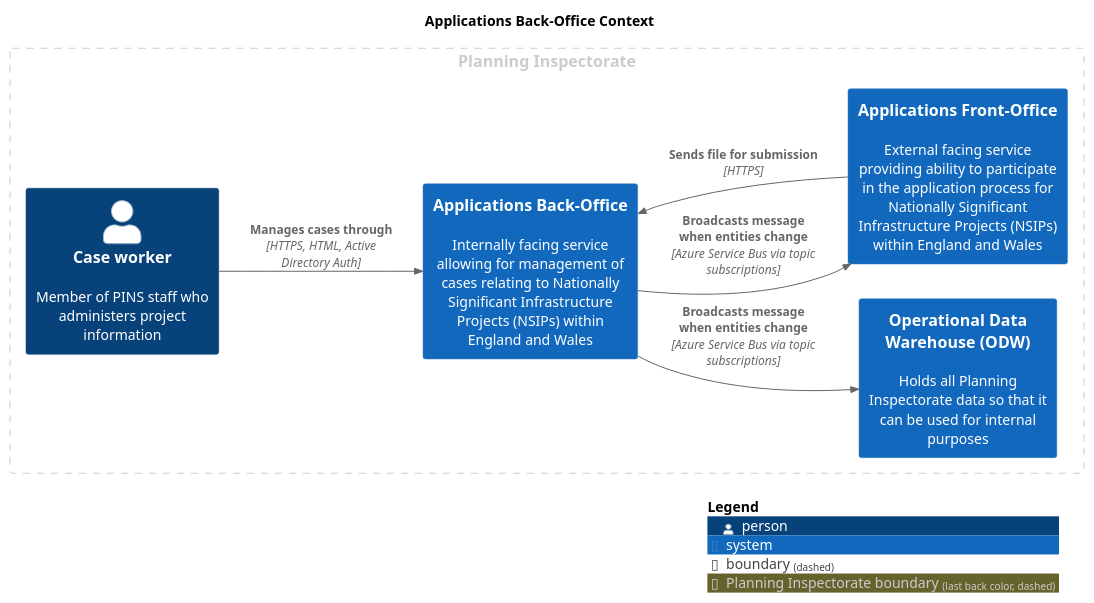
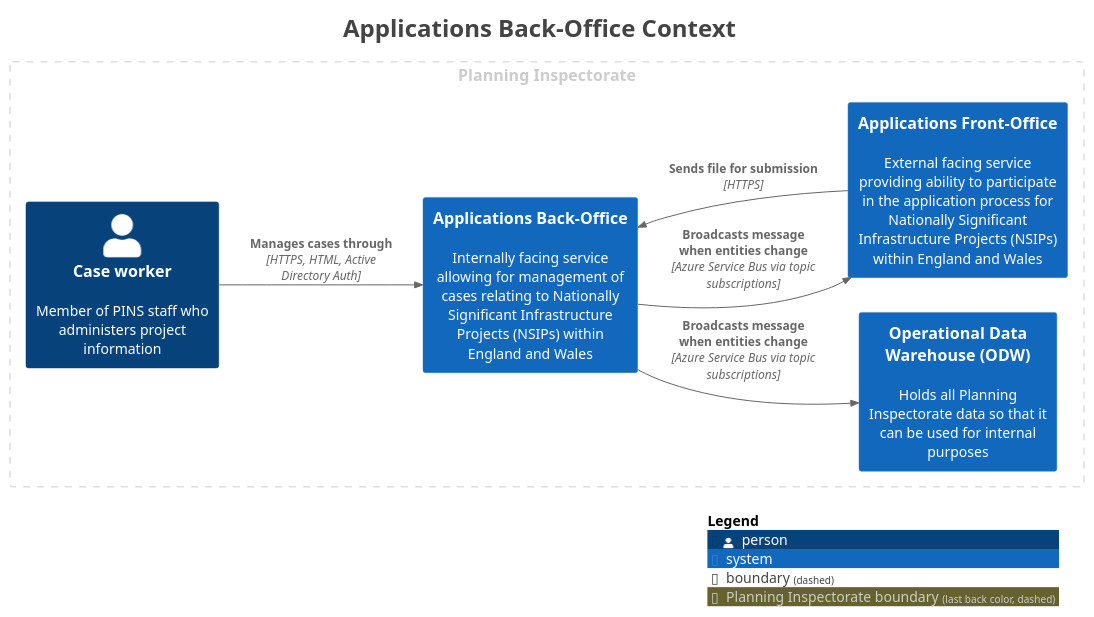
Before and after one commit to Planning-Inspectorate/applications-service: the diagram in master/puml/ApplicationsBOContext.puml, drawn with PlantUML. The commit also changed 64 other files, not shown here.

```diff
--- a/master/puml/ApplicationsBOContext.puml
+++ b/master/puml/ApplicationsBOContext.puml
@@ -1,25 +1,33 @@
 @startuml
+title <size:24>Applications Back-Office Context</size>
+
 set separator none
-title Applications Back-Office Context
+left to right direction
 
-left to right direction
+<style>
+  root {
+    BackgroundColor: #ffffff
+    FontColor: #444444
+  }
+</style>
 
 !include <C4/C4>
 !include <C4/C4_Context>
 
 AddBoundaryTag("Planning Inspectorate", $borderColor="#cccccc", $fontColor="#cccccc", $borderStyle="dashed")
 Boundary(group_1, "Planning Inspectorate", $tags="Planning Inspectorate") {
   System(ApplicationsBackOffice, "Applications Back-Office", $descr="Internally facing service allowing for management of cases relating to Nationally Significant Infrastructure Projects (NSIPs) within England and Wales", $tags="", $link="")
   System(OperationalDataWarehouseODW, "Operational Data Warehouse (ODW)", $descr="Holds all Planning Inspectorate data so that it can be used for internal purposes", $tags="", $link="")
   Person(Caseworker, "Case worker", $descr="Member of PINS staff who administers project information", $tags="", $link="")
   System(ApplicationsFrontOffice, "Applications Front-Office", $descr="External facing service providing ability to participate in the application process for Nationally Significant Infrastructure Projects (NSIPs) within England and Wales", $tags="", $link="")
 }
 
 
 Rel(ApplicationsFrontOffice, ApplicationsBackOffice, "Sends file for submission", $techn="HTTPS", $tags="", $link="")
 Rel(Caseworker, ApplicationsBackOffice, "Manages cases through", $techn="HTTPS, HTML, Active Directory Auth", $tags="", $link="")
 Rel(ApplicationsBackOffice, OperationalDataWarehouseODW, "Broadcasts message when entities change", $techn="Azure Service Bus via topic subscriptions", $tags="", $link="")
 Rel(ApplicationsBackOffice, ApplicationsFrontOffice, "Broadcasts message when entities change", $techn="Azure Service Bus via topic subscriptions", $tags="", $link="")
 
 SHOW_LEGEND(true)
+hide stereotypes
 @enduml
```
